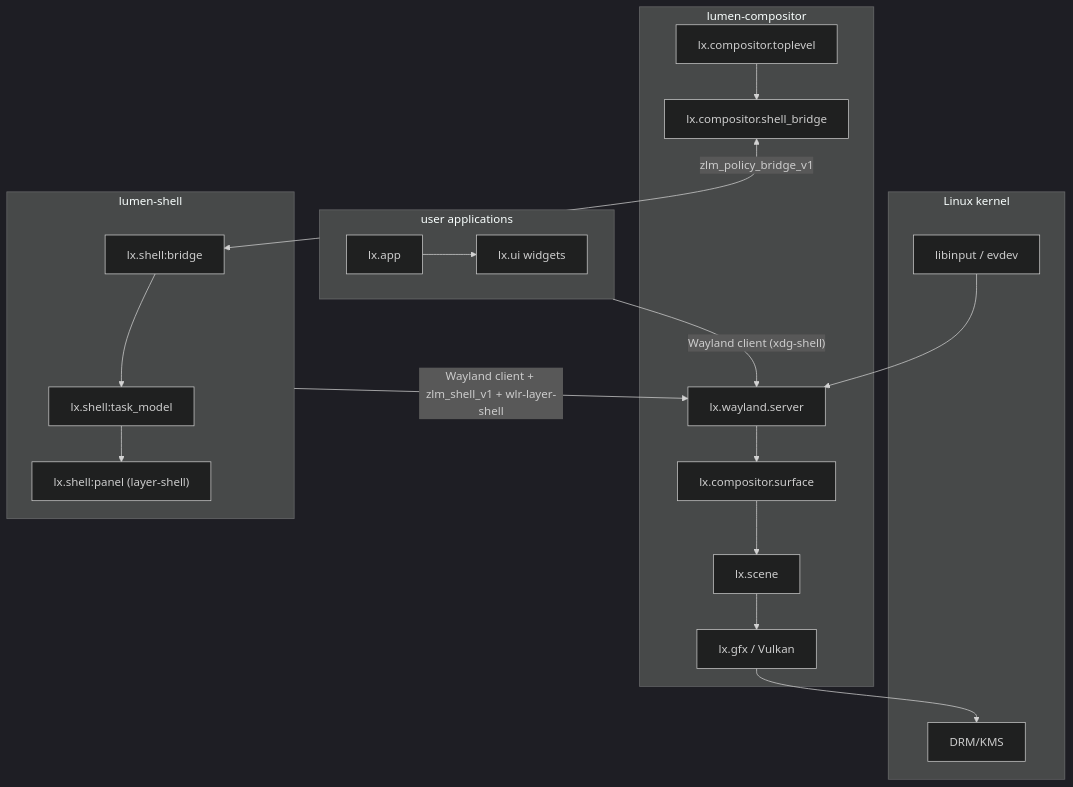
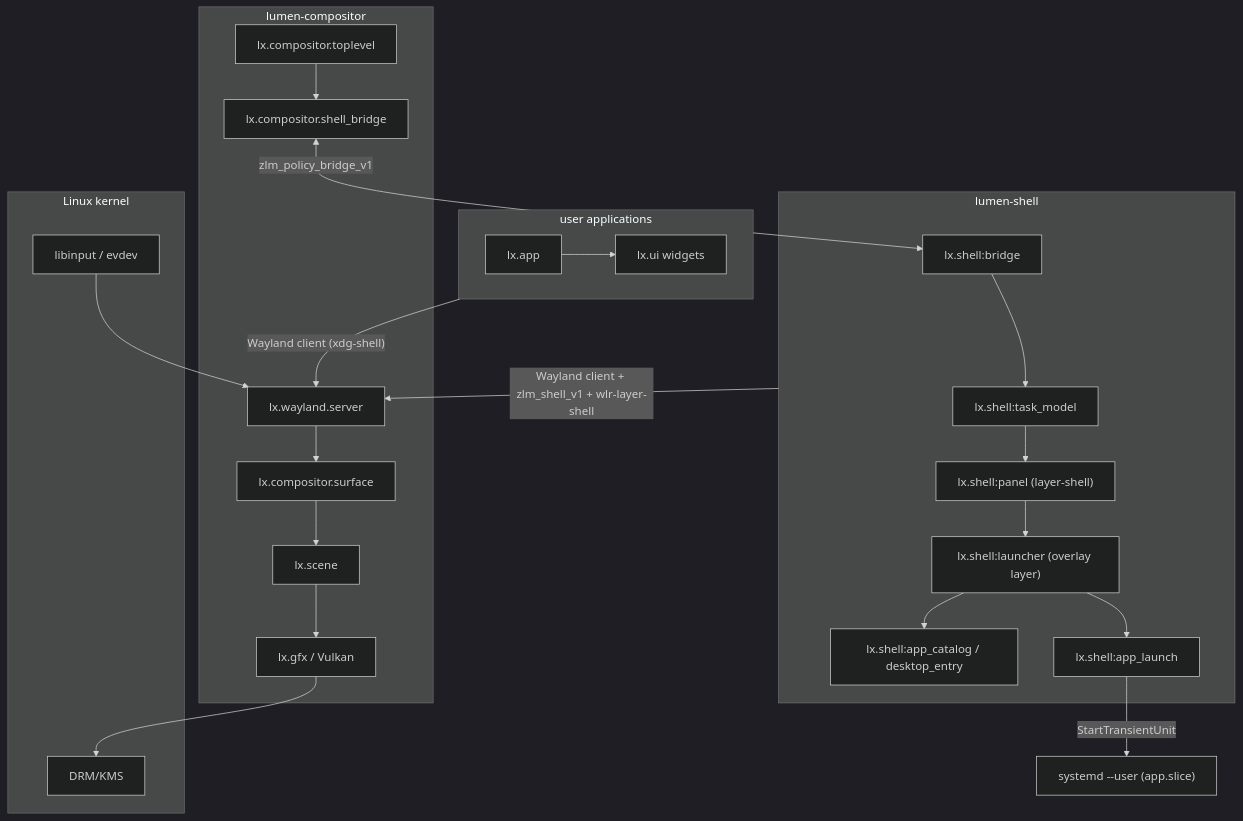
One commit to dimmus/lumen changed the first of 9 diagrams in docs/architecture.md. Above: the diagram before and after it, drawn with Mermaid (dark theme). The commit also changed other lines of this file and 121 other files, not shown here.

````diff
--- a/docs/architecture.md
+++ b/docs/architecture.md
@@ -51,37 +51,43 @@
 ```mermaid
 flowchart TB
     subgraph Kernel["Linux kernel"]
         KMS["DRM/KMS"]
         EV["libinput / evdev"]
     end
 
     subgraph Comp["lumen-compositor"]
         WLS["lx.wayland.server"]
         TOP["lx.compositor.toplevel"]
         SURF["lx.compositor.surface"]
         BRIDGE["lx.compositor.shell_bridge"]
         SCENE["lx.scene"]
         GFX["lx.gfx / Vulkan"]
         WLS --> SURF --> SCENE --> GFX
         TOP --> BRIDGE
         GFX --> KMS
         EV --> WLS
     end
 
     subgraph Shell["lumen-shell"]
         SB["lx.shell:bridge"]
         TM["lx.shell:task_model"]
         PAN["lx.shell:panel (layer-shell)"]
+        LAU["lx.shell:launcher (overlay layer)"]
+        CAT["lx.shell:app_catalog / desktop_entry"]
+        LCH["lx.shell:app_launch"]
         SB --> TM --> PAN
+        PAN --> LAU --> CAT
+        LAU --> LCH
     end
+    LCH -->|"StartTransientUnit"| SYSD["systemd --user (app.slice)"]
 
     subgraph Apps["user applications"]
         APP["lx.app"]
         UI_A["lx.ui widgets"]
         APP --> UI_A
     end
 
     Shell -->|"Wayland client + zlm_shell_v1 + wlr-layer-shell"| WLS
     Apps -->|"Wayland client (xdg-shell)"| WLS
     BRIDGE <-->|"zlm_policy_bridge_v1"| SB
 ```
````
